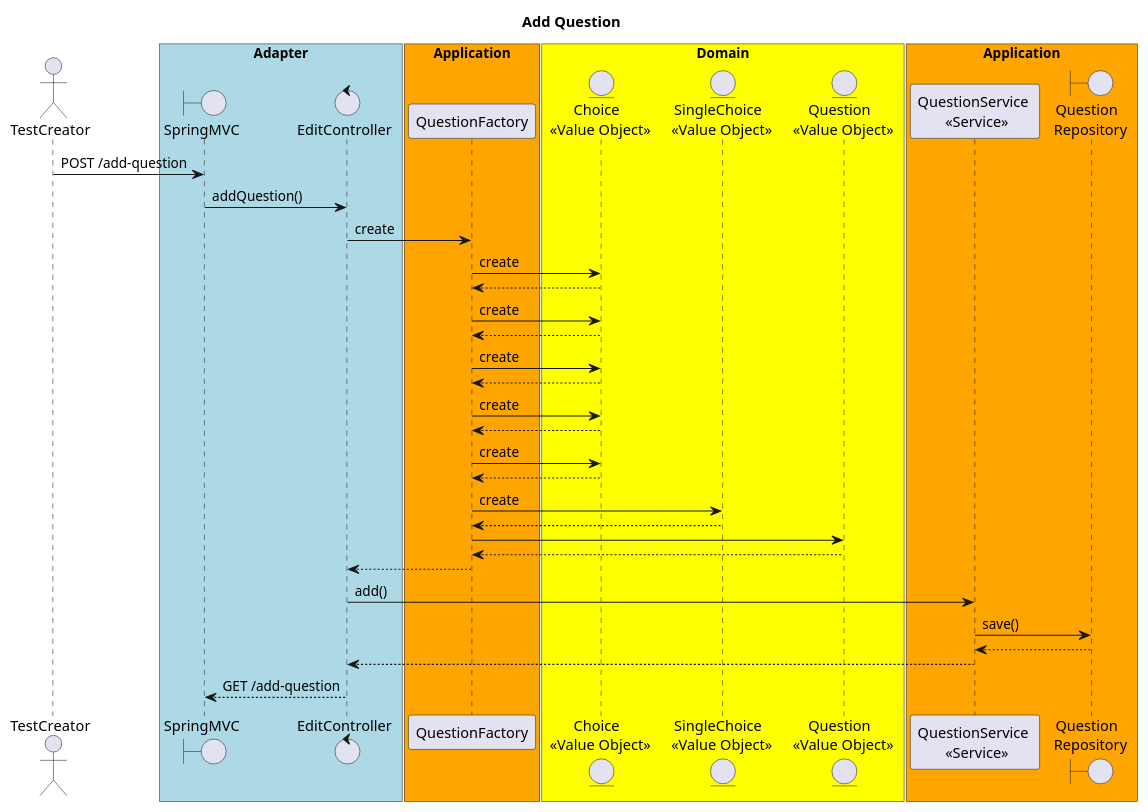
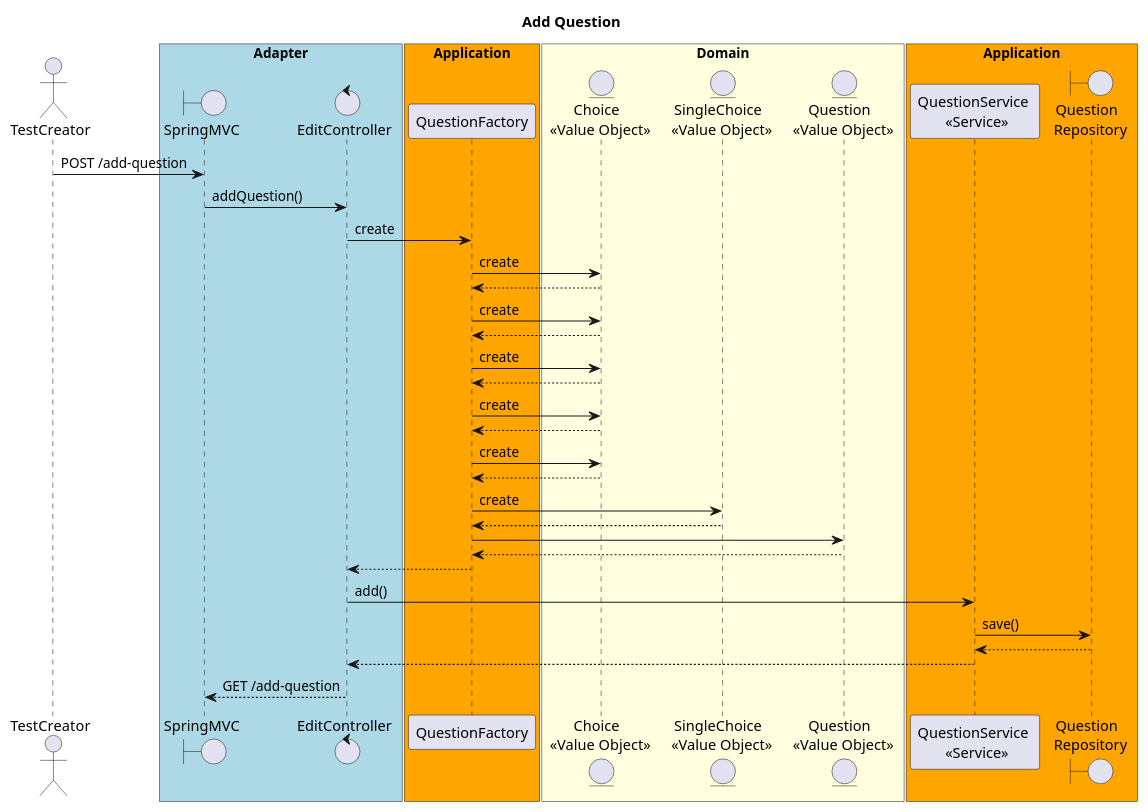
Before and after one commit to TomSpencerLondon/Quiz: the diagram in src/main/resources/diagrams/addQuestion-sequenceDiagram.puml, drawn with PlantUML. The commit also changed 1 other file, not shown here.

Commit message:
Edit README.md to show problem with dependencies from the domain on the application

```diff
--- a/src/main/resources/diagrams/addQuestion-sequenceDiagram.puml
+++ b/src/main/resources/diagrams/addQuestion-sequenceDiagram.puml
@@ -1,45 +1,45 @@
 @startuml
 title Add Question
 
 actor       TestCreator as creator
 box "Adapter" #lightblue
 boundary    SpringMVC   as mvc
 control     EditController  as ctrl
 end box
 box "Application" #orange
 participant QuestionFactory as factory
 end box
-box "Domain" #yellow
+box "Domain" #lightyellow
 entity "Choice \n <<Value Object>>" as choice
 entity "SingleChoice \n <<Value Object>>" as singleChoice
 entity "Question \n <<Value Object>>" as question
 end box
 box "Application" #orange
 participant "QuestionService \n <<Service>>" as service
 boundary "Question \n Repository" as repo
 end box
 
 creator -> mvc : POST /add-question
 mvc -> ctrl : addQuestion()
 ctrl -> factory : create
 factory -> choice : create
 choice --> factory
 factory -> choice : create
 choice --> factory
 factory -> choice : create
 choice --> factory
 factory -> choice : create
 choice --> factory
 factory -> choice : create
 choice --> factory
 factory -> singleChoice : create
 factory <-- singleChoice
 factory -> question
 factory <-- question
 ctrl <-- factory
 ctrl -> service : add()
 service -> repo : save()
 service <-- repo
 ctrl <-- service
 mvc <-- ctrl : GET /add-question
 @enduml
```
